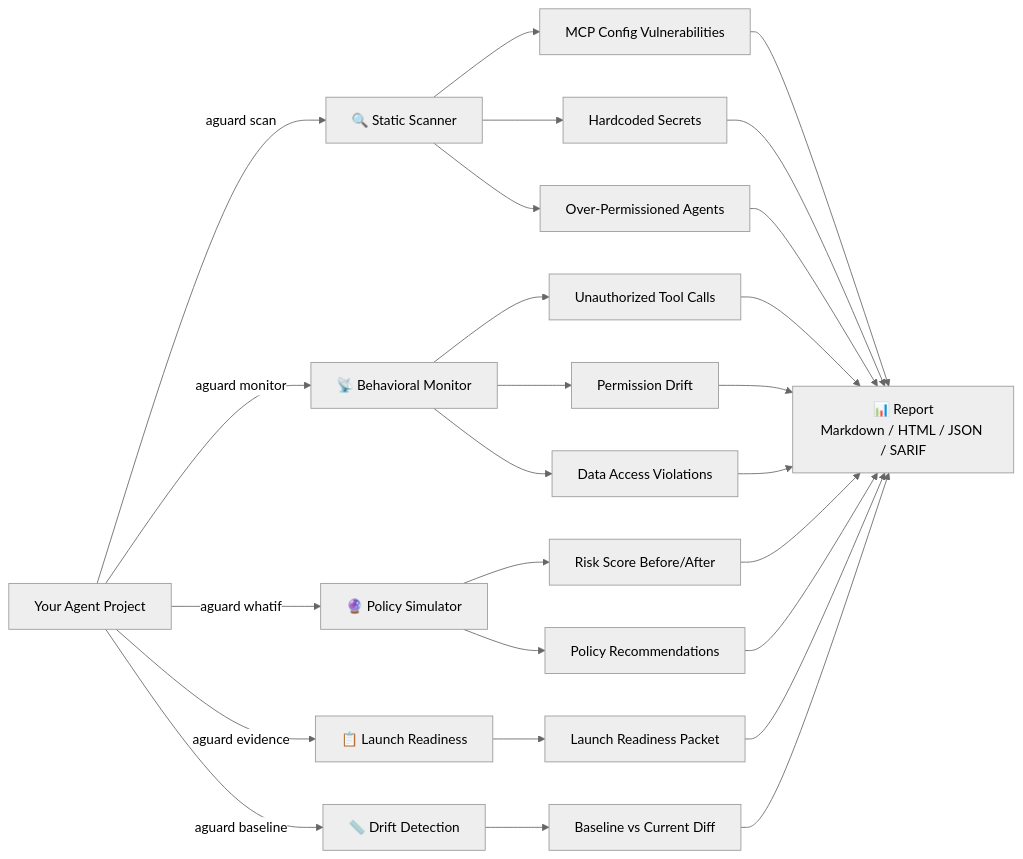
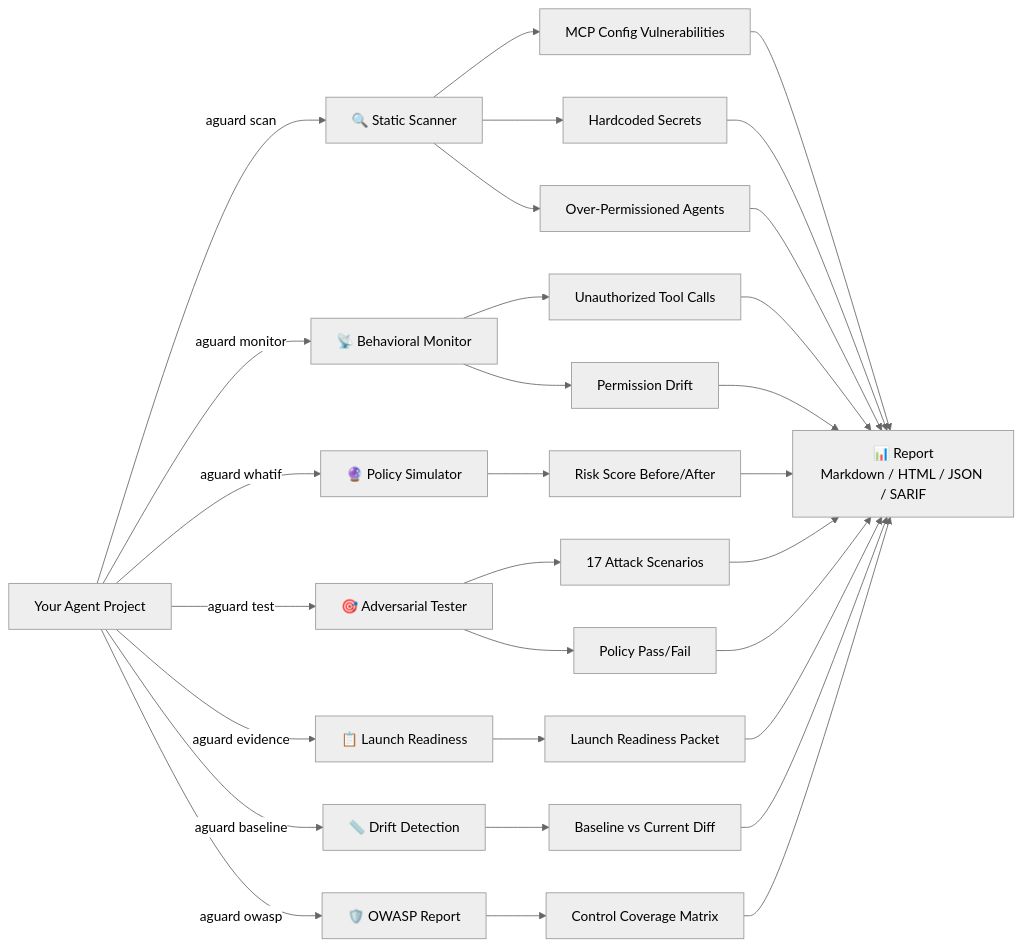
The first of 5 diagrams in README.md (arshan846/pluto-aguard), drawn with Mermaid (neutral theme) before and after one commit. The commit also changed other lines of this file and 5 other files, not shown here.

````diff
--- a/README.md
+++ b/README.md
@@ -37,24 +37,28 @@
 ```mermaid
 graph LR
     A[Your Agent Project] -->|aguard scan| B[🔍 Static Scanner]
     A -->|aguard monitor| C[📡 Behavioral Monitor]
     A -->|aguard whatif| D[🔮 Policy Simulator]
+    A -->|aguard test| T[🎯 Adversarial Tester]
     A -->|aguard evidence| E2[📋 Launch Readiness]
     A -->|aguard baseline| F2[📏 Drift Detection]
+    A -->|aguard owasp| O2[🛡️ OWASP Report]
 
     B --> E[MCP Config Vulnerabilities]
     B --> F[Hardcoded Secrets]
     B --> G[Over-Permissioned Agents]
 
     C --> H[Unauthorized Tool Calls]
     C --> I[Permission Drift]
-    C --> J[Data Access Violations]
 
     D --> K[Risk Score Before/After]
-    D --> L[Policy Recommendations]
+
+    T --> T1[17 Attack Scenarios]
+    T --> T2[Policy Pass/Fail]
 
     E2 --> N[Launch Readiness Packet]
-    F2 --> O[Baseline vs Current Diff]
+    F2 --> P[Baseline vs Current Diff]
+    O2 --> Q[Control Coverage Matrix]
 
-    E & F & G & H & I & J & K & L & N & O --> M[📊 Report<br/>Markdown / HTML / JSON / SARIF]
+    E & F & G & H & I & K & T1 & T2 & N & P & Q --> M[📊 Report<br/>Markdown / HTML / JSON / SARIF]
 ```
````
